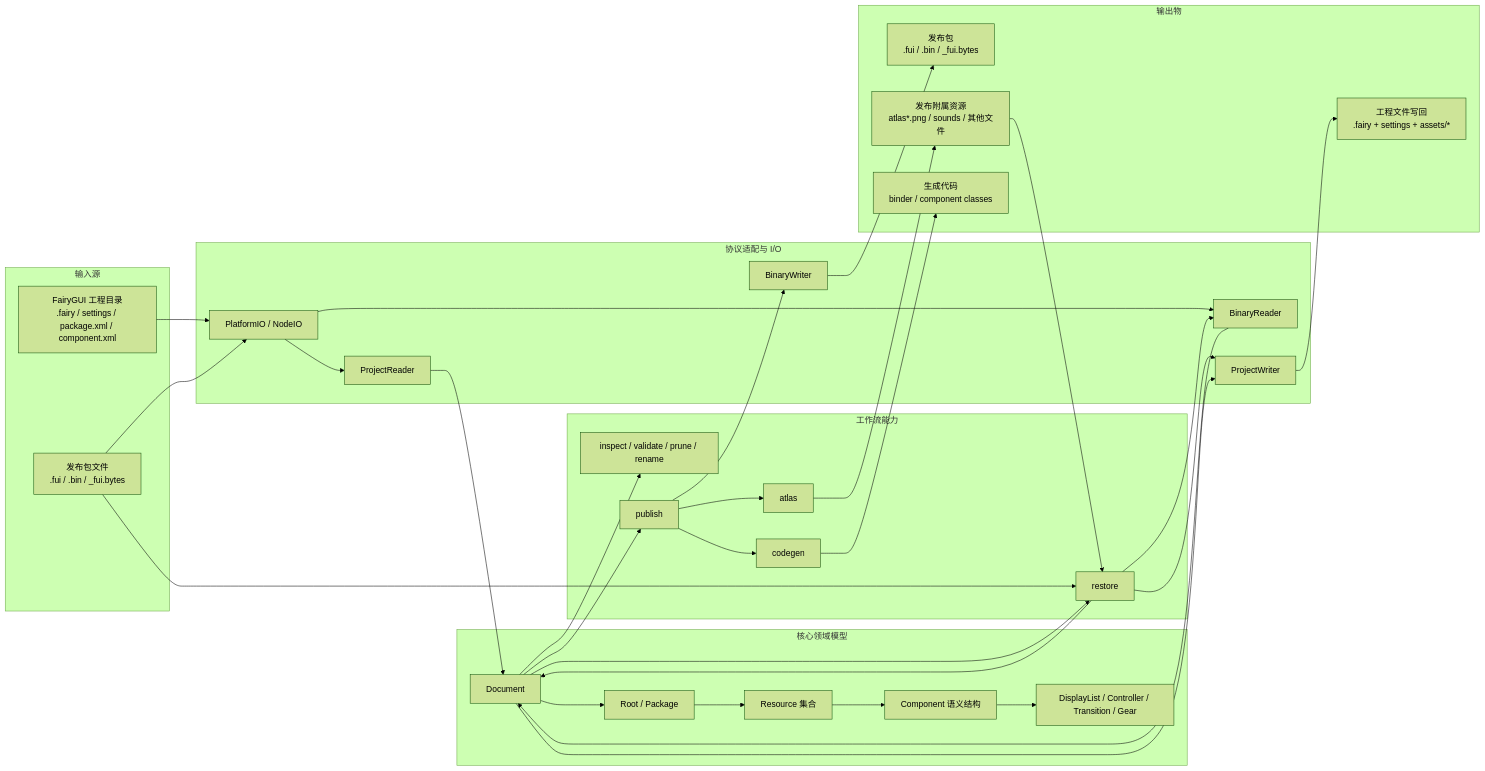
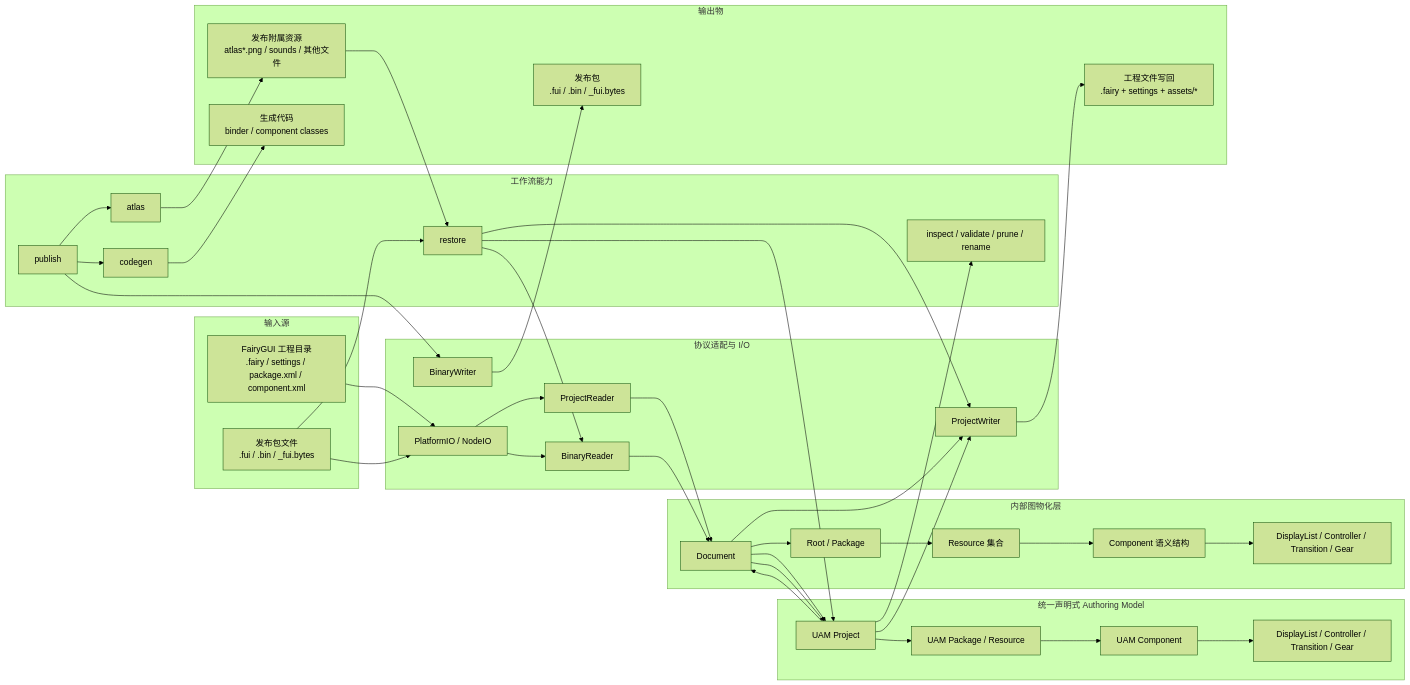
The first of 2 diagrams in docs/architecture-overview.md (OpenFairyGUI/OpenFairyGUI), drawn with Mermaid (forest theme) before and after one commit. The commit also changed other lines of this file and 8 other files, not shown here.

First line of the commit message:
feat(uam): implement UAM project model, normalization, and validation

````diff
--- a/docs/architecture-overview.md
+++ b/docs/architecture-overview.md
@@ -8,60 +8,68 @@
 ```mermaid
 flowchart LR
     subgraph IN["输入源"]
         PROJ["FairyGUI 工程目录<br/>.fairy / settings / package.xml / component.xml"]
         PACK["发布包文件<br/>.fui / .bin / _fui.bytes"]
     end
 
     subgraph IO["协议适配与 I/O"]
         FS["PlatformIO / NodeIO"]
         PR["ProjectReader"]
         BR["BinaryReader"]
         PW["ProjectWriter"]
         BW["BinaryWriter"]
     end
 
-    subgraph DOMAIN["核心领域模型"]
+    subgraph UAM["统一声明式 Authoring Model"]
+        UPROJECT["UAM Project"]
+        UPKG["UAM Package / Resource"]
+        UCOMP["UAM Component"]
+        UBEHAVIOR["DisplayList / Controller / Transition / Gear"]
+    end
+
+    subgraph GRAPH["内部图物化层"]
         DOC["Document"]
         ROOT["Root / Package"]
         RES["Resource 集合"]
         COMP["Component 语义结构"]
         UI["DisplayList / Controller / Transition / Gear"]
     end
 
     subgraph WF["工作流能力"]
         OPS["inspect / validate / prune / rename"]
         PUB["publish"]
         RST["restore"]
         ATLAS["atlas"]
         CG["codegen"]
     end
 
     subgraph OUT["输出物"]
         PROJOUT["工程文件写回<br/>.fairy + settings + assets/*"]
         BIN["发布包<br/>.fui / .bin / _fui.bytes"]
         ART["发布附属资源<br/>atlas*.png / sounds / 其他文件"]
         CODEOUT["生成代码<br/>binder / component classes"]
     end
 
-    PROJ --> FS --> PR --> DOC
-    PACK --> FS --> BR --> DOC
+    PROJ --> FS --> PR --> DOC --> UPROJECT
+    PACK --> FS --> BR --> DOC --> UPROJECT
     PACK --> RST
     ART --> RST
-    RST --> DOC
+    RST --> UPROJECT
 
+    UPROJECT --> UPKG --> UCOMP --> UBEHAVIOR
+    UPROJECT --> DOC
     DOC --> ROOT --> RES --> COMP --> UI
-    DOC --> OPS
-    DOC --> PUB
-    DOC --> RST
+    UPROJECT --> OPS
     PUB --> ATLAS
     PUB --> BW
     PUB --> CG
     RST --> BR
     RST --> PW
 
+    UPROJECT --> PW
     DOC --> PW
     PW --> PROJOUT
     BW --> BIN
     ATLAS --> ART
     CG --> CODEOUT
 ```
````
